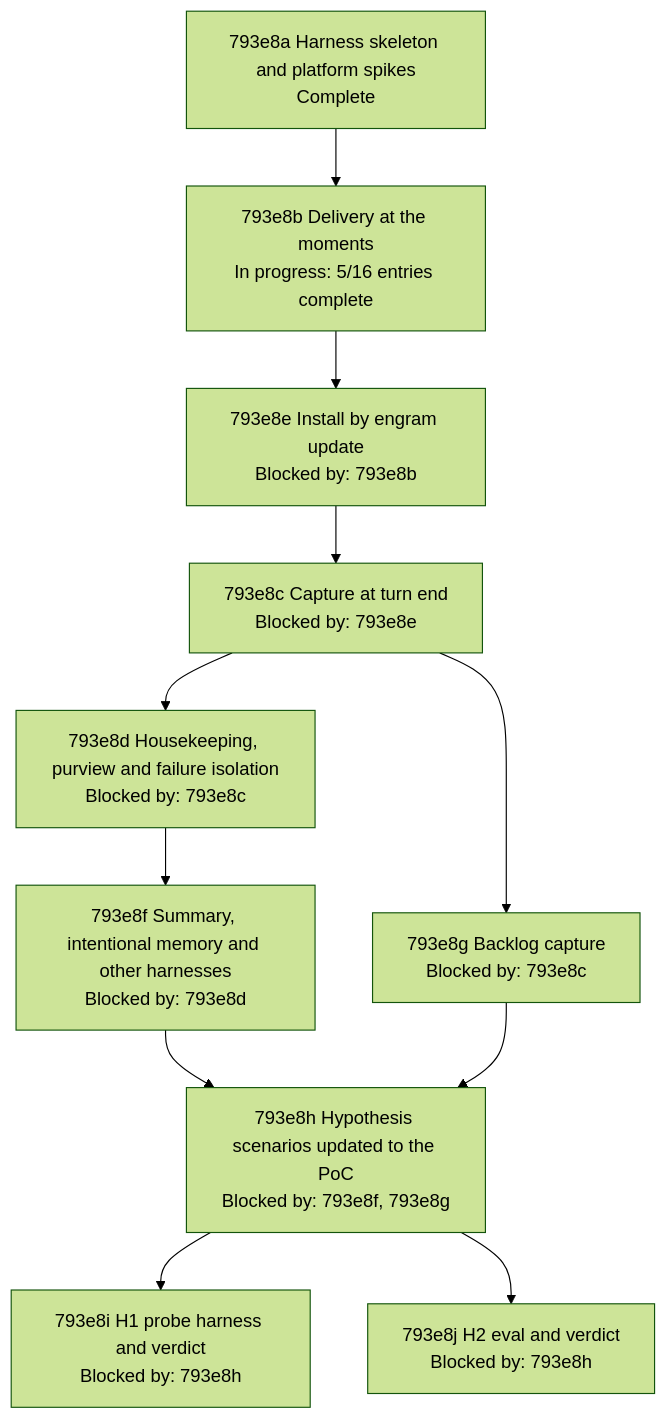
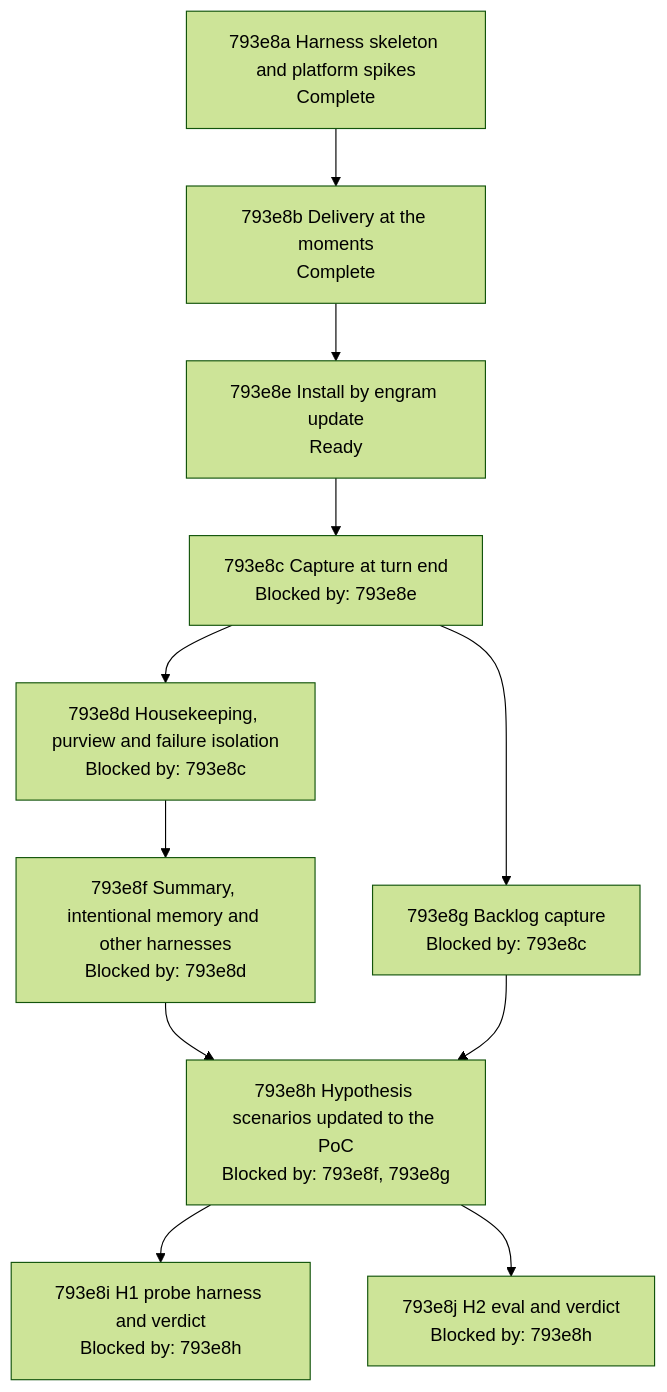
One commit to toejough/engram changed the diagram in docs/changes/793_parallel-memory-agent/793e_implementation-plan.md. Above: the diagram before and after it, drawn with Mermaid (forest theme). The commit also changed other lines of this file and 3 other files, not shown here.

First line of the commit message:
docs(793e8b): delivery scenarios Green-all, node complete

````diff
--- a/docs/changes/793_parallel-memory-agent/793e_implementation-plan.md
+++ b/docs/changes/793_parallel-memory-agent/793e_implementation-plan.md
@@ -214,21 +214,21 @@
 ```mermaid
 flowchart TD
   n793e8a["793e8a Harness skeleton and platform spikes<br/>Complete"]
-  n793e8b["793e8b Delivery at the moments<br/>In progress: 5/16 entries complete"]
-  n793e8e["793e8e Install by engram update<br/>Blocked by: 793e8b"]
+  n793e8b["793e8b Delivery at the moments<br/>Complete"]
+  n793e8e["793e8e Install by engram update<br/>Ready"]
   n793e8c["793e8c Capture at turn end<br/>Blocked by: 793e8e"]
   n793e8d["793e8d Housekeeping, purview and failure isolation<br/>Blocked by: 793e8c"]
   n793e8g["793e8g Backlog capture<br/>Blocked by: 793e8c"]
   n793e8f["793e8f Summary, intentional memory and other harnesses<br/>Blocked by: 793e8d"]
   n793e8h["793e8h Hypothesis scenarios updated to the PoC<br/>Blocked by: 793e8f, 793e8g"]
   n793e8i["793e8i H1 probe harness and verdict<br/>Blocked by: 793e8h"]
   n793e8j["793e8j H2 eval and verdict<br/>Blocked by: 793e8h"]
   n793e8a --> n793e8b --> n793e8e --> n793e8c
   n793e8c --> n793e8d
   n793e8c --> n793e8g
   n793e8d --> n793e8f
   n793e8f --> n793e8h
   n793e8g --> n793e8h
   n793e8h --> n793e8i
   n793e8h --> n793e8j
 ```
````
